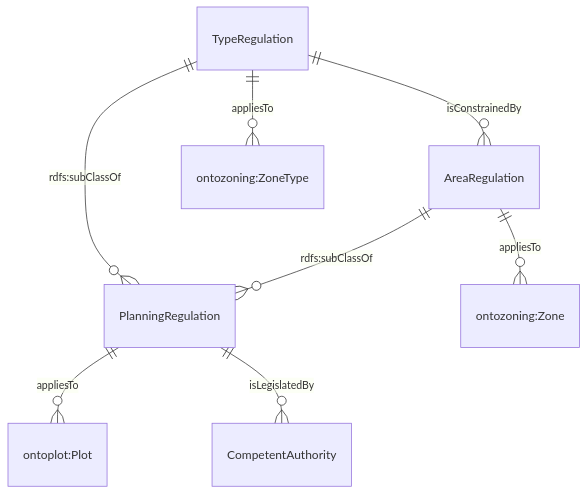
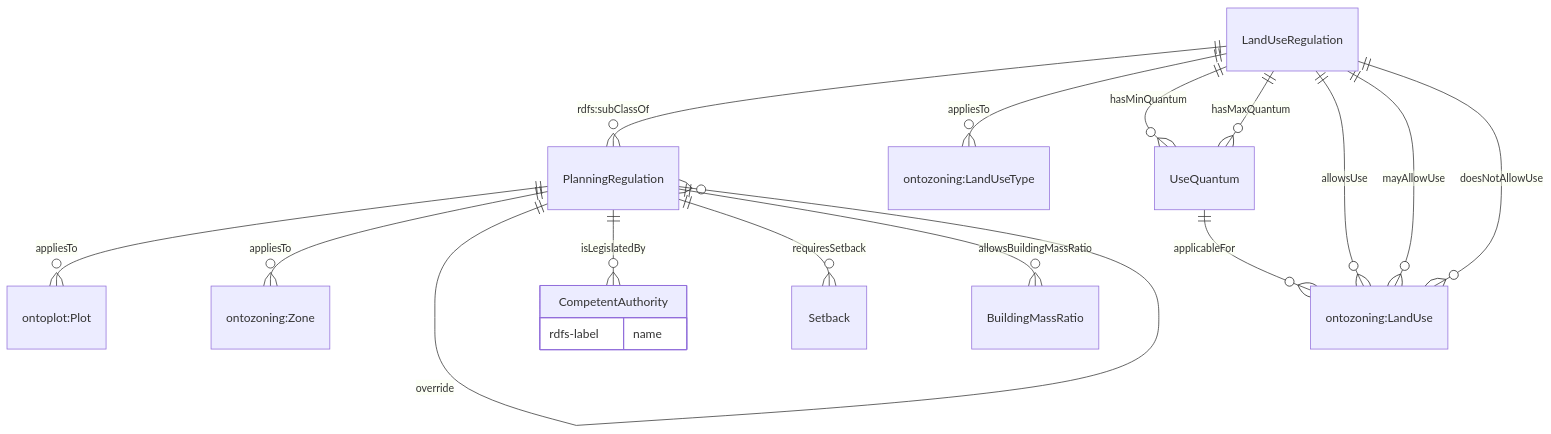
The first of 2 diagrams in JPS_Ontology/ontology/ontoplanningregulation/README.MD (cambridge-cares/TheWorldAvatar), drawn with Mermaid before and after one commit. The commit also changed other lines of this file and 2 other files, not shown here.

````diff
--- a/JPS_Ontology/ontology/ontoplanningregulation/README.MD
+++ b/JPS_Ontology/ontology/ontoplanningregulation/README.MD
@@ -6,10 +11,20 @@
 ```mermaid
     erDiagram 
     "PlanningRegulation" ||--o{ "ontoplot:Plot" : appliesTo
+    "PlanningRegulation" ||--o{ "ontozoning:Zone" : appliesTo
+    "PlanningRegulation" ||--o{ "PlanningRegulation" : override
     "PlanningRegulation" ||--o{ "CompetentAuthority" : isLegislatedBy
-    "AreaRegulation" ||--o{ "PlanningRegulation" : "rdfs:subClassOf"
-    "AreaRegulation" ||--o{ "ontozoning:Zone" : appliesTo
-    "TypeRegulation" ||--o{ "PlanningRegulation" : "rdfs:subClassOf"
-    "TypeRegulation" ||--o{ "ontozoning:ZoneType" : appliesTo
-    "TypeRegulation" ||--o{ "AreaRegulation" : isConstrainedBy
+    "CompetentAuthority"{
+        rdfs-label name
+    }
+    "PlanningRegulation" ||--o{ "Setback" : requiresSetback
+    "PlanningRegulation" ||--o{ "BuildingMassRatio" : allowsBuildingMassRatio
+    "LandUseRegulation" ||--o{ "PlanningRegulation" : "rdfs:subClassOf"
+    "LandUseRegulation" ||--o{ "ontozoning:LandUseType" : appliesTo
+    "LandUseRegulation" ||--o{ "UseQuantum" : "hasMinQuantum"
+    "LandUseRegulation" ||--o{ "UseQuantum" : "hasMaxQuantum"
+    "LandUseRegulation" ||--o{ "ontozoning:LandUse" : "allowsUse"
+    "LandUseRegulation" ||--o{ "ontozoning:LandUse" : "mayAllowUse"
+    "LandUseRegulation" ||--o{ "ontozoning:LandUse" : "doesNotAllowUse"
+    "UseQuantum" ||--o{ "ontozoning:LandUse" : "applicableFor"
 ```
````
